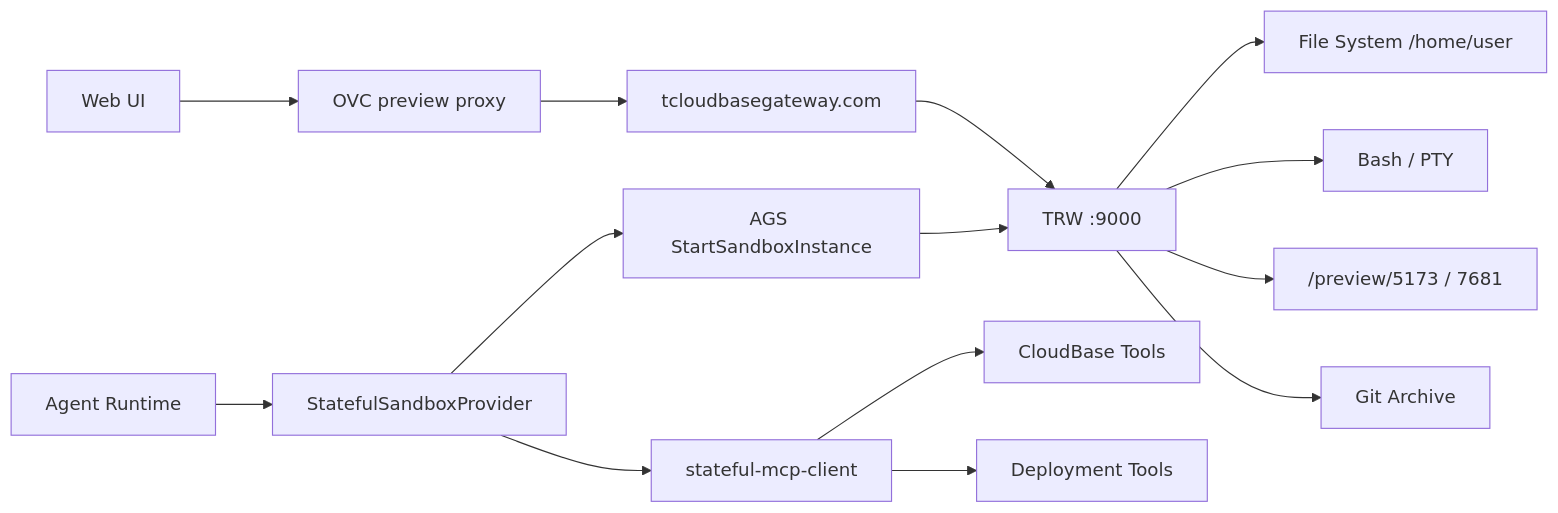
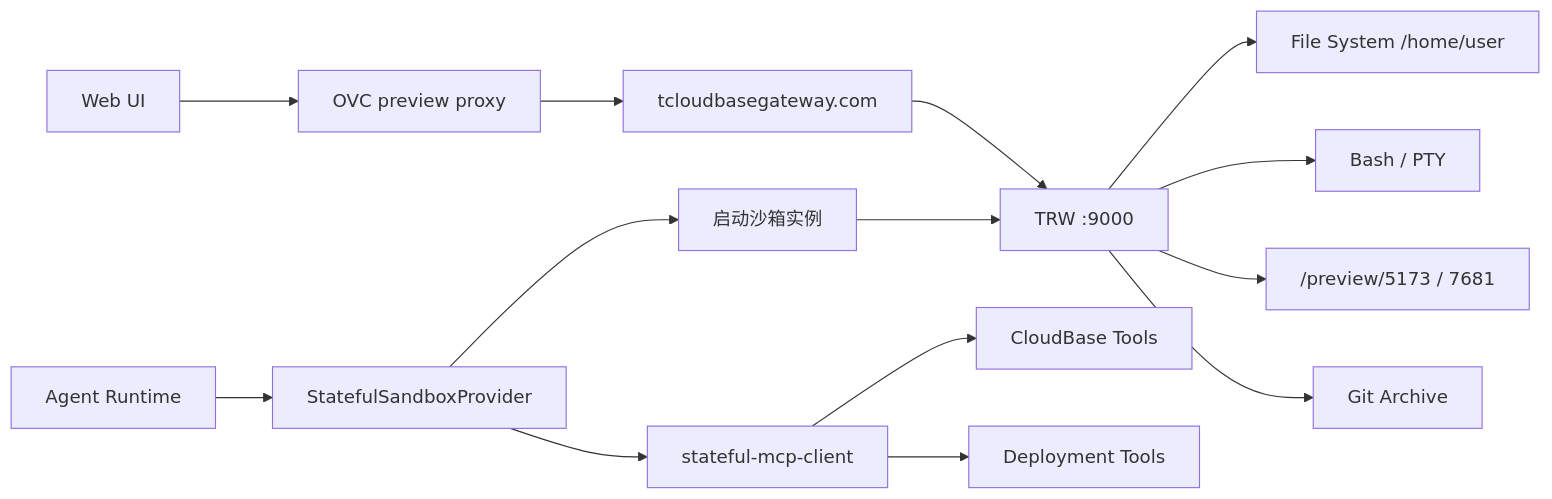
One commit to TencentCloudBase/OpenVibeCoding changed the third of 5 diagrams in docs/architecture.md. Above: the diagram before and after it, drawn with Mermaid. The commit also changed other lines of this file and 14 other files, not shown here.

````diff
--- a/docs/architecture.md
+++ b/docs/architecture.md
@@ -258,16 +258,16 @@
 ```mermaid
 flowchart LR
     Agent["Agent Runtime"] --> Provider["StatefulSandboxProvider"]
-    Provider --> AGS["AGS StartSandboxInstance"]
-    AGS --> TRW["TRW :9000"]
+    Provider --> SbxInfra["启动沙箱实例"]
+    SbxInfra --> TRW["TRW :9000"]
     TRW --> FS["File System /home/user"]
     TRW --> Bash["Bash / PTY"]
     TRW --> Preview["/preview/5173 / 7681"]
     TRW --> Git["Git Archive"]
     Provider --> McpClient["stateful-mcp-client"]
     McpClient --> CloudBase["CloudBase Tools"]
     McpClient --> Deploy["Deployment Tools"]
     Web["Web UI"] --> OvcProxy["OVC preview proxy"]
     OvcProxy --> Gateway["tcloudbasegateway.com"]
     Gateway --> TRW
 ```
````
